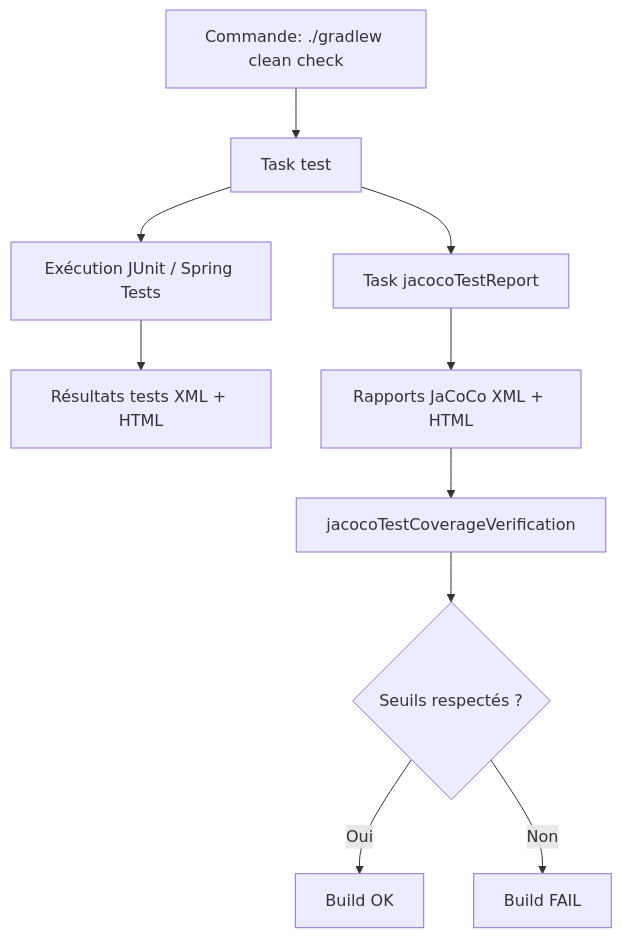
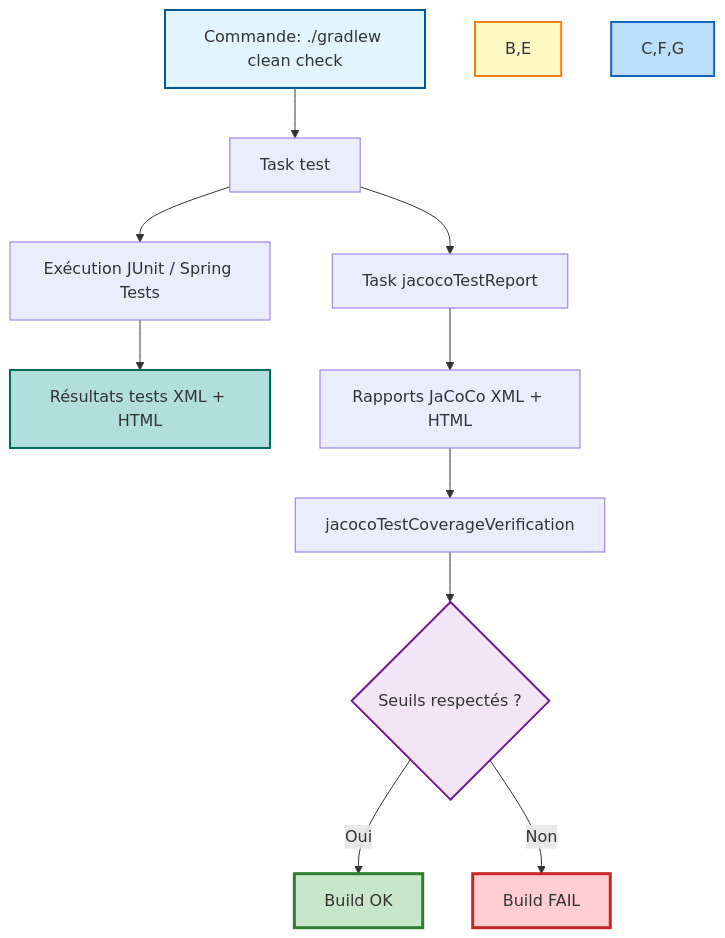
One commit to fasai444/GreenDesk changed the first of 2 diagrams in docs/testing.md. Above: the diagram before and after it, drawn with Mermaid. The commit also changed other lines of this file and 6 other files, not shown here.

````diff
--- a/docs/testing.md
+++ b/docs/testing.md
@@ -47,12 +47,20 @@
 ```mermaid
 flowchart TD
-	A[Commande: ./gradlew clean check] --> B[Task test]
-	B --> C[Exécution JUnit / Spring Tests]
-	C --> D[Résultats tests XML + HTML]
-	B --> E[Task jacocoTestReport]
-	E --> F[Rapports JaCoCo XML + HTML]
-	F --> G[jacocoTestCoverageVerification]
-	G --> H{Seuils respectés ?}
-	H -->|Oui| I[Build OK]
-	H -->|Non| J[Build FAIL]
+    A[Commande: ./gradlew clean check] --> B[Task test]
+    B --> C[Exécution JUnit / Spring Tests]
+    C --> D[Résultats tests XML + HTML]
+    B --> E[Task jacocoTestReport]
+    E --> F[Rapports JaCoCo XML + HTML]
+    F --> G[jacocoTestCoverageVerification]
+    G --> H{Seuils respectés ?}
+    H -->|Oui| I[Build OK]
+    H -->|Non| J[Build FAIL]
+    
+    style A fill:#e1f5ff,stroke:#01579b,stroke-width:2px
+    style B,E fill:#fff9c4,stroke:#f57f17,stroke-width:2px
+    style C,F,G fill:#bbdefb,stroke:#1565c0,stroke-width:2px
+    style D fill:#b2dfdb,stroke:#00695c,stroke-width:2px
+    style H fill:#f3e5f5,stroke:#6a1b9a,stroke-width:2px
+    style I fill:#c8e6c9,stroke:#2e7d32,stroke-width:3px
+    style J fill:#ffcdd2,stroke:#c62828,stroke-width:3px
 ```
````
